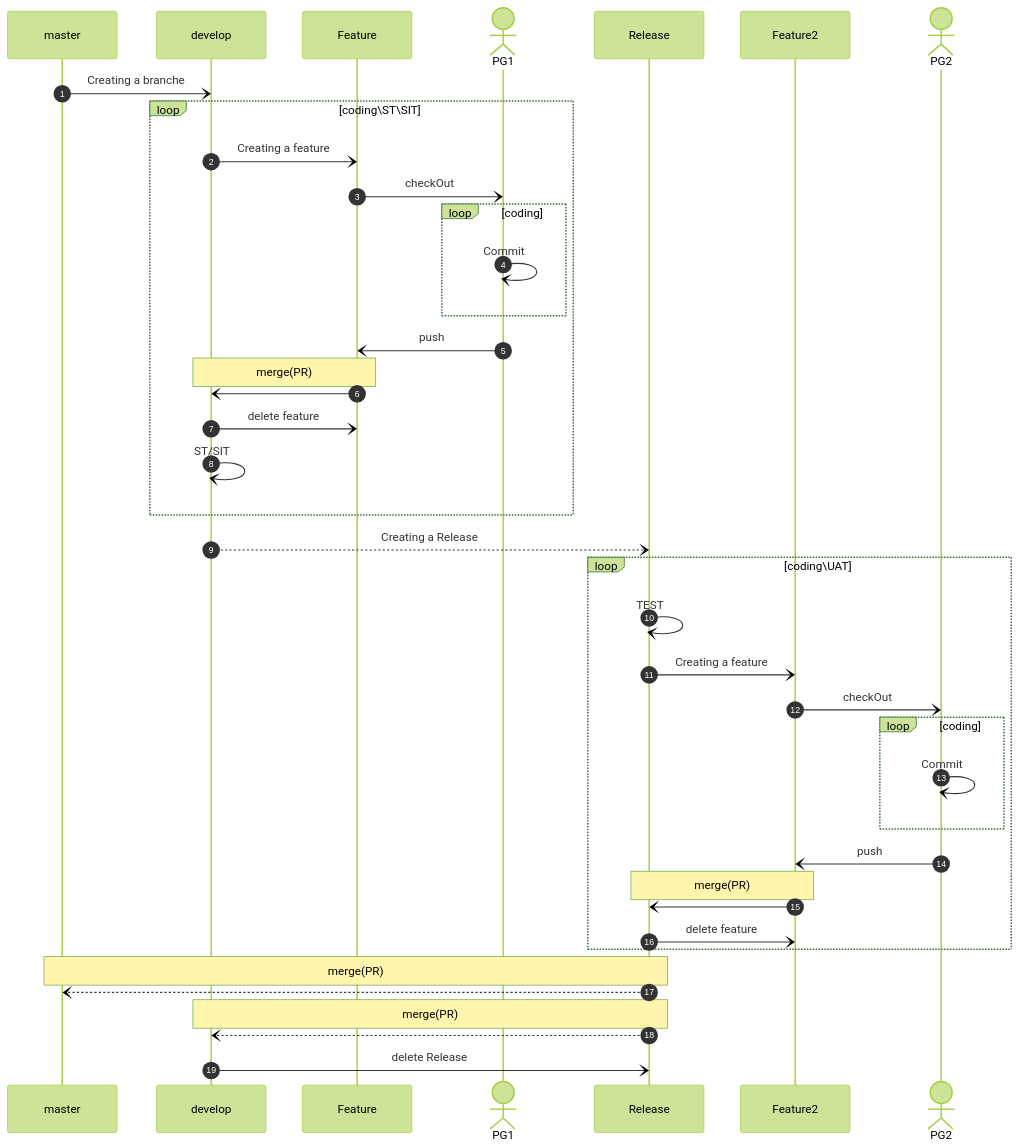
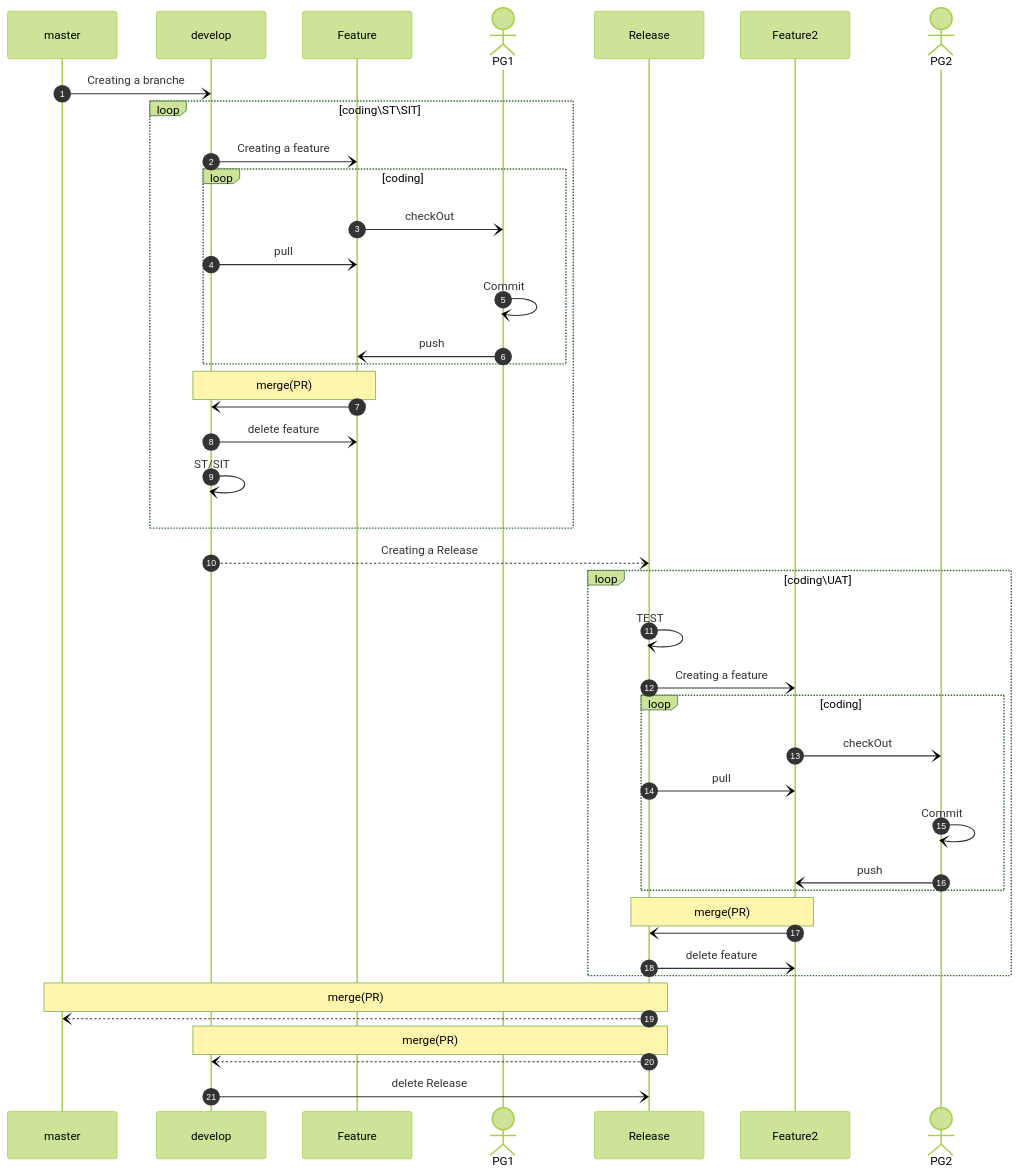
One commit to robbin0919/GITLAB changed the diagram in branching-strategy/A_successful_Git_branching_model2.md. Above: the diagram before and after it, drawn with Mermaid (forest theme). The commit also changed 1 other file, not shown here.

Commit message:
加入Pull時機

````diff
--- a/branching-strategy/A_successful_Git_branching_model2.md
+++ b/branching-strategy/A_successful_Git_branching_model2.md
@@ -2,44 +2,49 @@
 ```mermaid
 
  sequenceDiagram
     autonumber
     participant  master
     participant  develop
     participant  Feature
     actor PG1
     participant  Release
     participant  Feature2
     actor PG2
 
     master -) develop:Creating a branche
     loop coding\ST\SIT
-    develop -)Feature: Creating a feature  
-    Feature -)PG1: checkOut
-    loop coding
-    PG1 -)PG1: Commit
-    end
-    PG1 -) Feature:push 
-    Note over develop,Feature:merge(PR)     
-    Feature -)develop:  
-    develop -)Feature: delete feature  
-    develop-)develop: ST/SIT  
+        develop -)Feature: Creating a feature  
+        loop coding
+            Feature -)PG1: checkOut    
+            develop -)Feature: pull 
+            PG1 -)PG1: Commit
+            PG1 -) Feature:push 
+        end
+
+        Note over develop,Feature:merge(PR)     
+        Feature -)develop:  
+        develop -)Feature: delete feature  
+        develop-)develop: ST/SIT  
     end     
     develop--)Release: Creating a Release
    loop coding\UAT 
-    Release -)Release: TEST
-    Release -)Feature2: Creating a feature  
-    Feature2 -)PG2: checkOut
-    loop coding
-    PG2 -)PG2: Commit
-    end
-    PG2 -) Feature2:push 
-    Note over Release,Feature2:merge(PR) 
-    Feature2 -) Release: 
-    Release -)Feature2: delete feature  
+        Release -)Release: TEST
+        Release -)Feature2: Creating a feature  
+
+        loop coding
+            Feature2 -)PG2: checkOut
+            Release -)Feature2: pull     
+            PG2 -)PG2: Commit
+            PG2 -) Feature2:push 
+        end
+
+        Note over Release,Feature2:merge(PR) 
+        Feature2 -) Release: 
+        Release -)Feature2: delete feature  
     end
     Note over Release,master:merge(PR) 
     Release --)master: 
     Note over Release,develop:merge(PR) 
     Release --)develop : 
     develop -)Release: delete Release  
 ```
````
